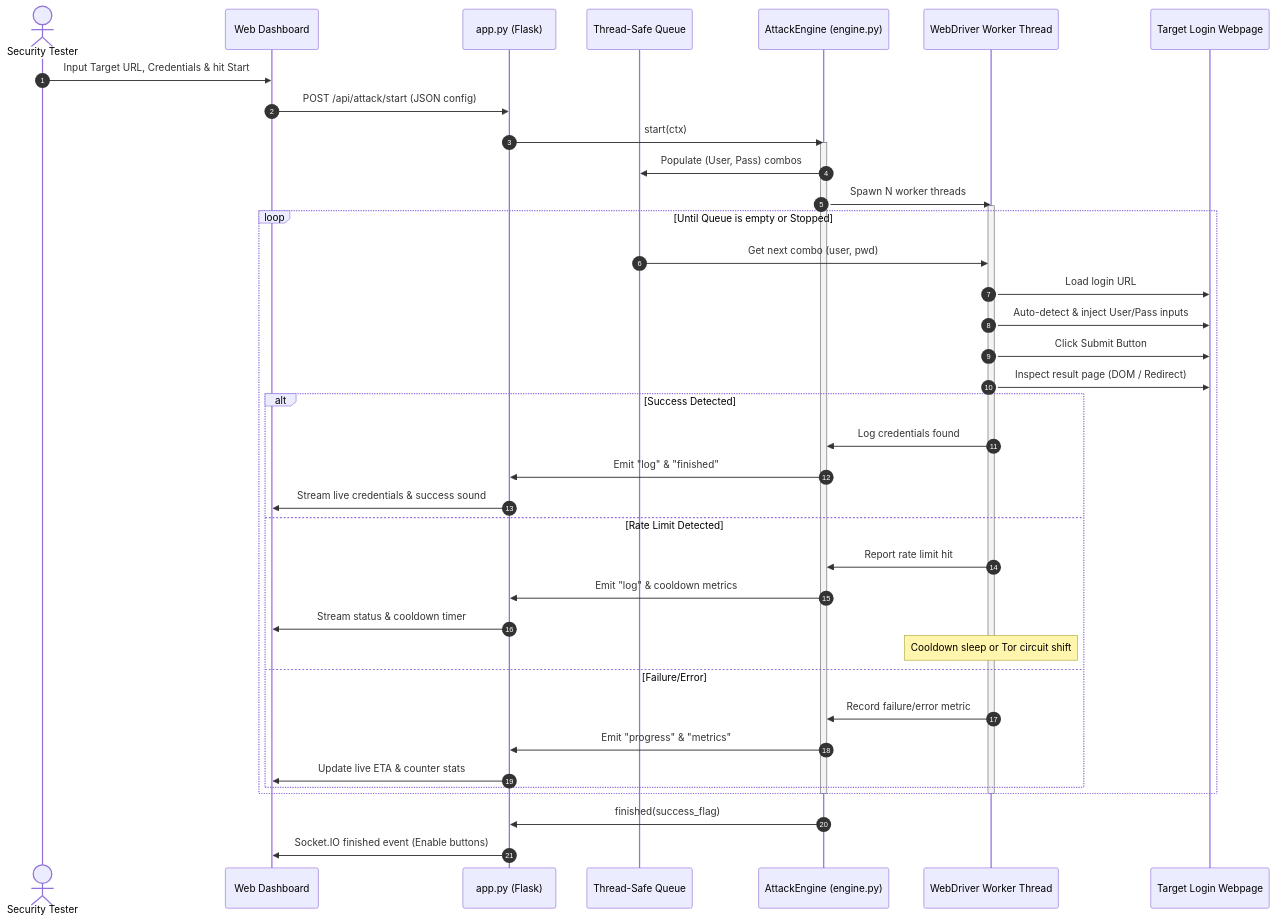
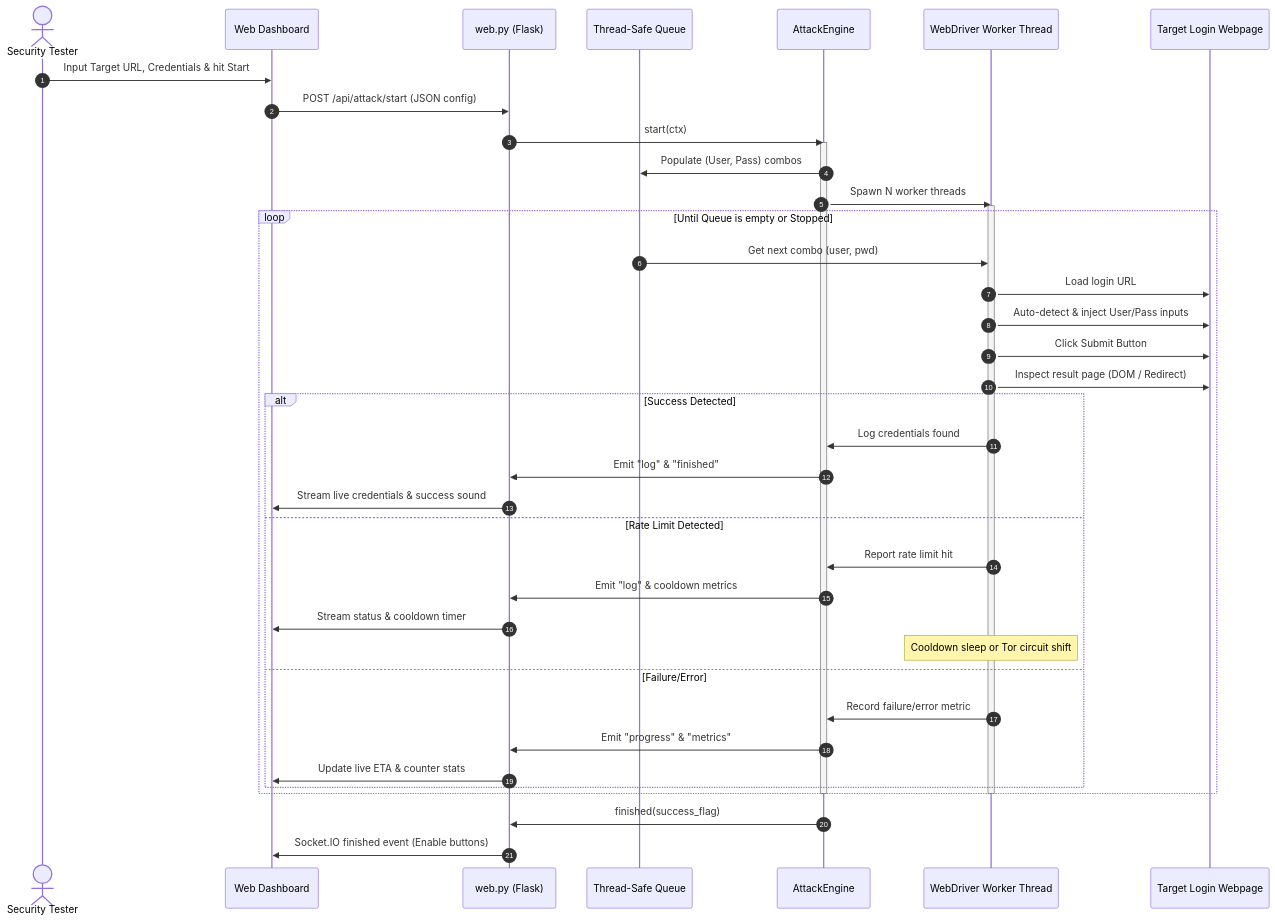
Before and after one commit to taezeem14/BlueCrack: the second of 2 diagrams in README.md, drawn with Mermaid. The commit also changed other lines of this file and 9 other files, not shown here.

````diff
--- a/README.md
+++ b/README.md
@@ -79,46 +79,46 @@
 ```mermaid
 sequenceDiagram
     autonumber
     actor User as Security Tester
     participant UI as Web Dashboard
-    participant App as app.py (Flask)
+    participant App as web.py (Flask)
     participant Queue as Thread-Safe Queue
-    participant Engine as AttackEngine (engine.py)
+    participant Engine as AttackEngine
     participant Worker as WebDriver Worker Thread
     participant Target as Target Login Webpage
 
     User->>UI: Input Target URL, Credentials & hit Start
     UI->>App: POST /api/attack/start (JSON config)
     App->>Engine: start(ctx)
     activate Engine
     Engine->>Queue: Populate (User, Pass) combos
     Engine->>Worker: Spawn N worker threads
     activate Worker
 
     loop Until Queue is empty or Stopped
         Queue->>Worker: Get next combo (user, pwd)
         Worker->>Target: Load login URL
         Worker->>Target: Auto-detect & inject User/Pass inputs
         Worker->>Target: Click Submit Button
         Worker->>Target: Inspect result page (DOM / Redirect)
         alt Success Detected
             Worker->>Engine: Log credentials found
             Engine->>App: Emit "log" & "finished"
             App->>UI: Stream live credentials & success sound
         else Rate Limit Detected
             Worker->>Engine: Report rate limit hit
             Engine->>App: Emit "log" & cooldown metrics
             App->>UI: Stream status & cooldown timer
             Note over Worker: Cooldown sleep or Tor circuit shift
         else Failure/Error
             Worker->>Engine: Record failure/error metric
             Engine->>App: Emit "progress" & "metrics"
             App->>UI: Update live ETA & counter stats
         end
     end
 
     deactivate Worker
     deactivate Engine
     Engine->>App: finished(success_flag)
     App->>UI: Socket.IO finished event (Enable buttons)
 ```
````
